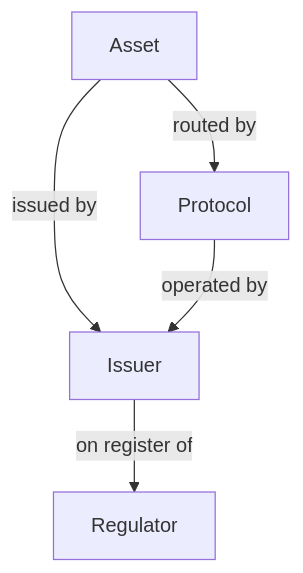
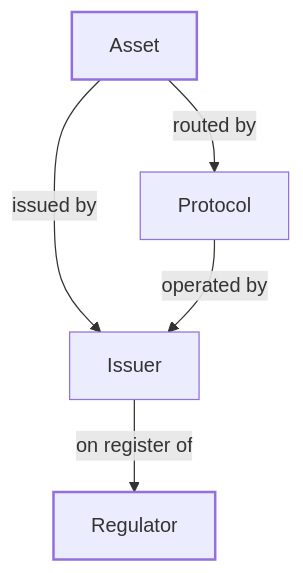
The diagram in explorer/profiles.mdx (blupryntco/docs), drawn with Mermaid before and after one commit. The commit also changed 54 other files, not shown here.

Commit message:
Diagrams in site palette with dark mode; Developers overview for SDK + both APIs

````diff
--- a/explorer/profiles.mdx
+++ b/explorer/profiles.mdx
@@ -22,7 +22,11 @@
 ```mermaid
 flowchart TD
     A[Asset] -->|issued by| B[Issuer]
     B -->|on register of| C[Regulator]
     A -->|routed by| D[Protocol]
     D -->|operated by| B
+classDef start stroke-width:2px
+classDef done stroke-width:2px
+class A start
+class C done
 ```
````
